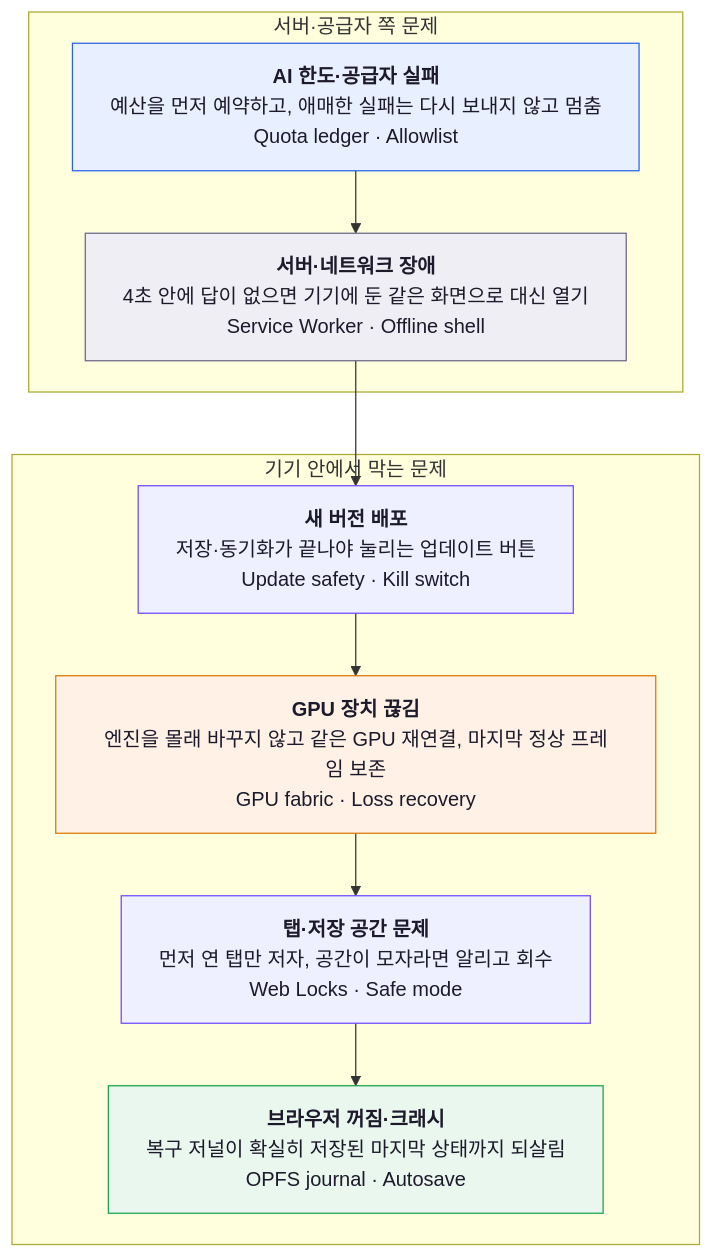
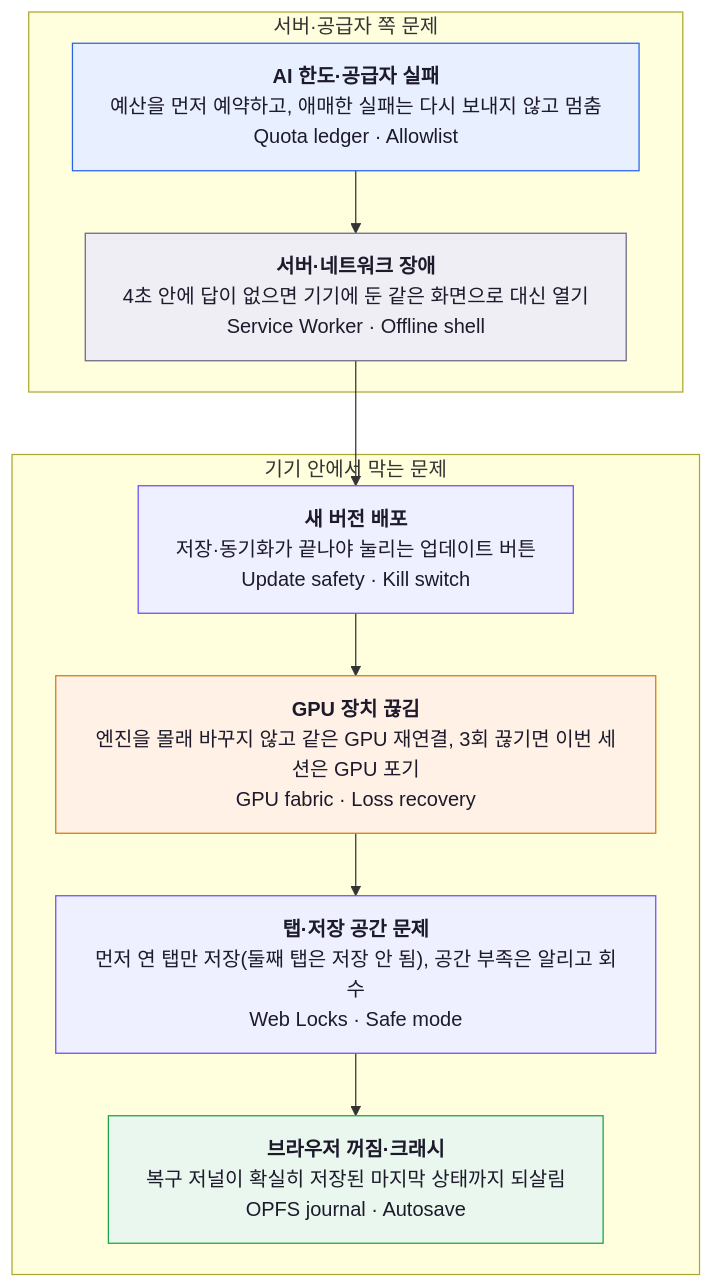
One commit to blue45f/toonstudio changed the eighth of 13 diagrams in docs/technology/engineering-architecture.md. Above: the diagram before and after it, drawn with Mermaid. The commit also changed other lines of this file and 9 other files, not shown here.

````diff
--- a/docs/technology/engineering-architecture.md
+++ b/docs/technology/engineering-architecture.md
@@ -438,31 +441,31 @@
 ```mermaid
 %%{init: {"flowchart": {"wrappingWidth": 420}}}%%
 flowchart TB
   ai["<b>AI 한도·공급자 실패</b><br/>예산을 먼저 예약하고, 애매한 실패는 다시 보내지 않고 멈춤<br/>Quota ledger · Allowlist"]
   server["<b>서버·네트워크 장애</b><br/>4초 안에 답이 없으면 기기에 둔 같은 화면으로 대신 열기<br/>Service Worker · Offline shell"]
   update["<b>새 버전 배포</b><br/>저장·동기화가 끝나야 눌리는 업데이트 버튼<br/>Update safety · Kill switch"]
-  gpu["<b>GPU 장치 끊김</b><br/>엔진을 몰래 바꾸지 않고 같은 GPU 재연결, 마지막 정상 프레임 보존<br/>GPU fabric · Loss recovery"]
-  tabs["<b>탭·저장 공간 문제</b><br/>먼저 연 탭만 저자, 공간이 모자라면 알리고 회수<br/>Web Locks · Safe mode"]
+  gpu["<b>GPU 장치 끊김</b><br/>엔진을 몰래 바꾸지 않고 같은 GPU 재연결, 3회 끊기면 이번 세션은 GPU 포기<br/>GPU fabric · Loss recovery"]
+  tabs["<b>탭·저장 공간 문제</b><br/>먼저 연 탭만 저장(둘째 탭은 저장 안 됨), 공간 부족은 알리고 회수<br/>Web Locks · Safe mode"]
   journal["<b>브라우저 꺼짐·크래시</b><br/>복구 저널이 확실히 저장된 마지막 상태까지 되살림<br/>OPFS journal · Autosave"]
   ai --> server
   server --> update
   update --> gpu
   gpu --> tabs
   tabs --> journal
   style ai fill:#e8f0ff,stroke:#2563eb,color:#1d1a2b
   style server fill:#eeeef4,stroke:#6b6684,color:#1d1a2b
   style update fill:#eef0ff,stroke:#6d4aff,color:#1d1a2b
   style gpu fill:#fff1e6,stroke:#d97706,color:#1d1a2b
   style tabs fill:#eef0ff,stroke:#6d4aff,color:#1d1a2b
   style journal fill:#e9f7ee,stroke:#16a34a,color:#1d1a2b
   subgraph bracket1["서버·공급자 쪽 문제"]
     ai
     server
   end
   subgraph bracket2["기기 안에서 막는 문제"]
     update
     gpu
     tabs
     journal
   end
 ```
````
